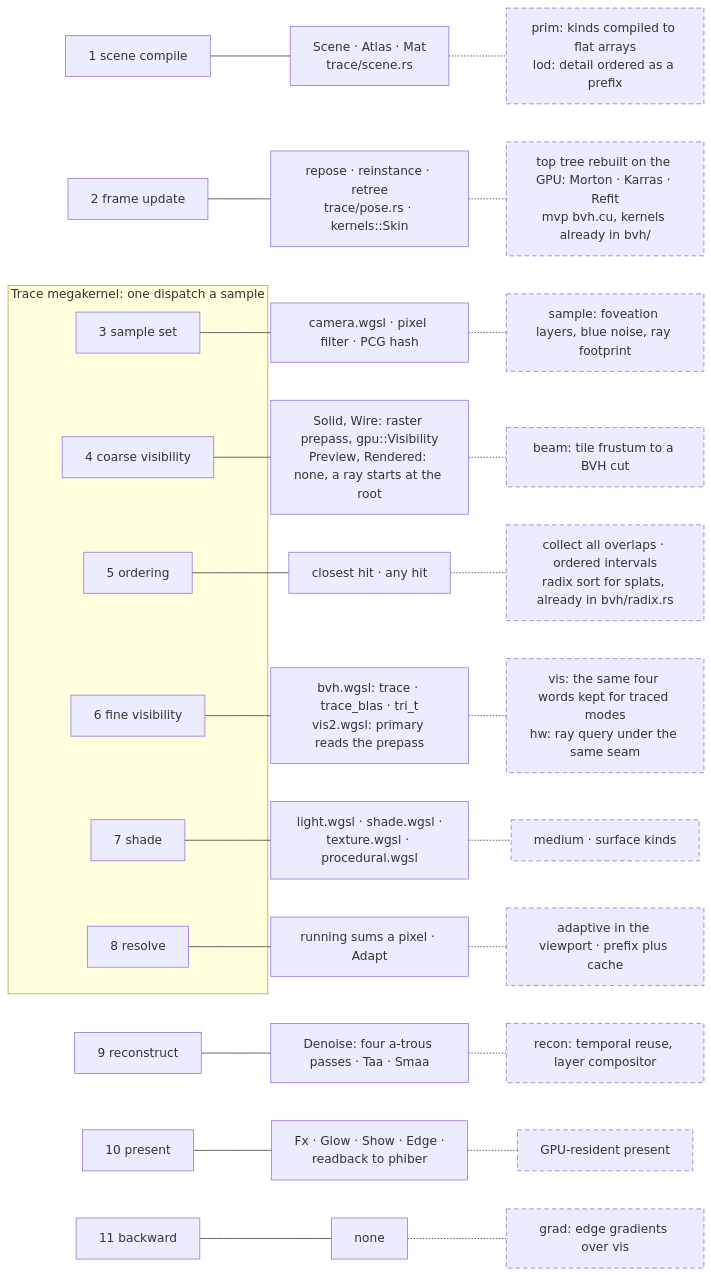
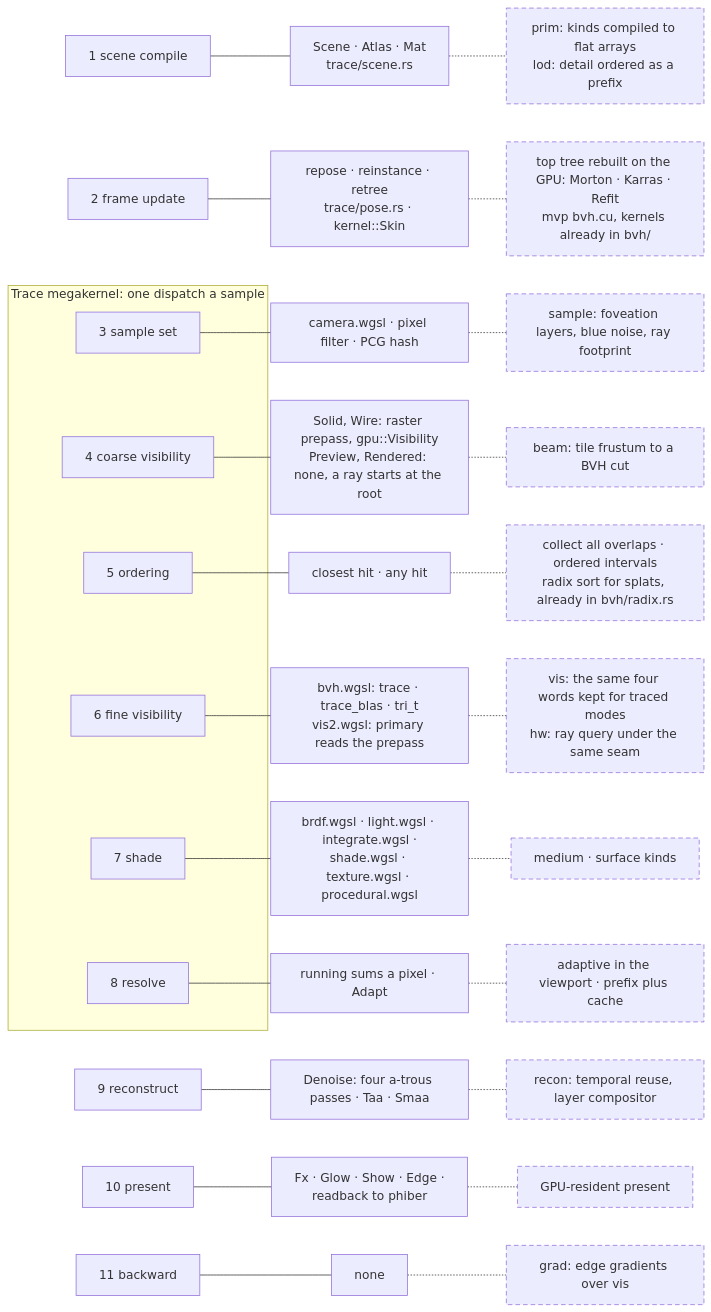
Before and after one commit to gemphi/phiray: the third of 3 diagrams in ARCHITECTURE.md, drawn with Mermaid. The commit also changed other lines of this file and 11 other files, not shown here.

````diff
--- a/ARCHITECTURE.md
+++ b/ARCHITECTURE.md
@@ -79,35 +76,35 @@
 ```mermaid
 graph LR
     s1["1 scene compile"] --- h1["Scene · Atlas · Mat<br/>trace/scene.rs"]
-    s2["2 frame update"] --- h2["repose · reinstance · retree<br/>trace/pose.rs · kernels::Skin"]
+    s2["2 frame update"] --- h2["repose · reinstance · retree<br/>trace/pose.rs · kernel::Skin"]
     subgraph mega["Trace megakernel: one dispatch a sample"]
         s3["3 sample set"]
         s4["4 coarse visibility"]
         s5["5 ordering"]
         s6["6 fine visibility"]
         s7["7 shade"]
         s8["8 resolve"]
     end
     s3 --- h3["camera.wgsl · pixel filter · PCG hash"]
     s4 --- h4["Solid, Wire: raster prepass, gpu::Visibility<br/>Preview, Rendered: none, a ray starts at the root"]
     s5 --- h5["closest hit · any hit"]
     s6 --- h6["bvh.wgsl: trace · trace_blas · tri_t<br/>vis2.wgsl: primary reads the prepass"]
-    s7 --- h7["light.wgsl · shade.wgsl ·<br/>texture.wgsl · procedural.wgsl"]
+    s7 --- h7["brdf.wgsl · light.wgsl · integrate.wgsl ·<br/>shade.wgsl · texture.wgsl · procedural.wgsl"]
     s8 --- h8["running sums a pixel · Adapt"]
     s9["9 reconstruct"] --- h9["Denoise: four a-trous passes · Taa · Smaa"]
     s10["10 present"] --- h10["Fx · Glow · Show · Edge ·<br/>readback to phiber"]
     s11["11 backward"] --- h11["none"]
     h1 -.- p1["prim: kinds compiled to flat arrays<br/>lod: detail ordered as a prefix"]
     h2 -.- p2["top tree rebuilt on the GPU: Morton · Karras · Refit<br/>mvp bvh.cu, kernels already in bvh/"]
     h3 -.- p3["sample: foveation layers, blue noise, ray footprint"]
     h4 -.- p4["beam: tile frustum to a BVH cut"]
     h5 -.- p5["collect all overlaps · ordered intervals<br/>radix sort for splats, already in bvh/radix.rs"]
     h6 -.- p6["vis: the same four words kept for traced modes<br/>hw: ray query under the same seam"]
     h7 -.- p7["medium · surface kinds"]
     h8 -.- p8["adaptive in the viewport · prefix plus cache"]
     h9 -.- p9["recon: temporal reuse, layer compositor"]
     h10 -.- p10["GPU-resident present"]
     h11 -.- p11["grad: edge gradients over vis"]
     classDef plan stroke-dasharray: 6 4;
     class p1,p2,p3,p4,p5,p6,p7,p8,p9,p10,p11 plan;
 ```
````
